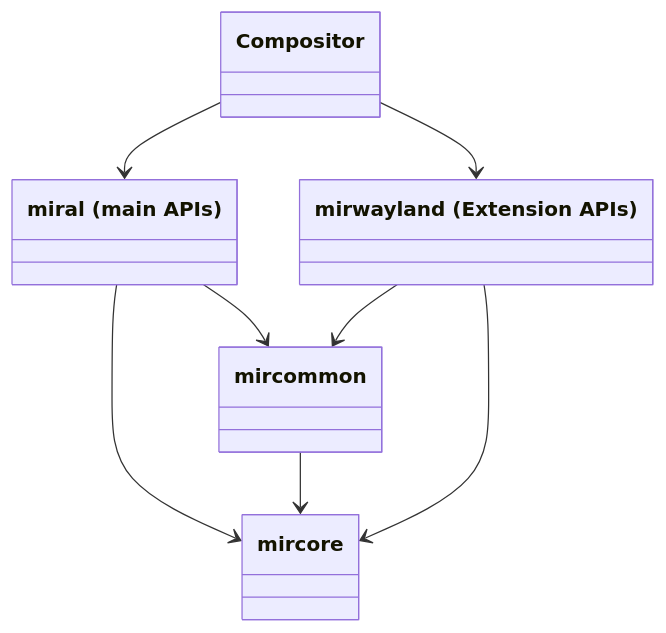
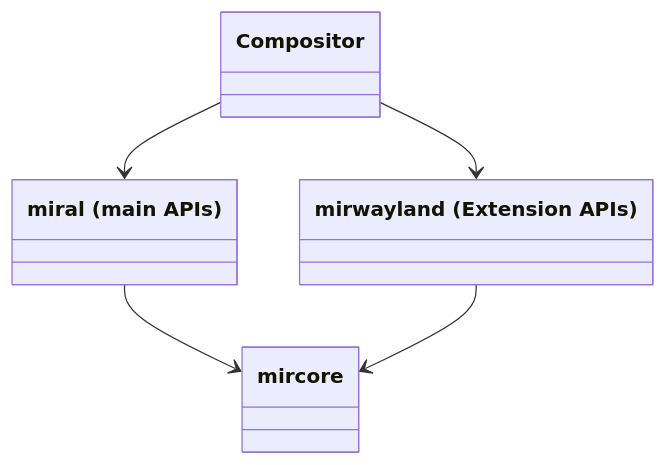
The diagram in doc/sphinx/explanation/consumer-libraries.mmd (canonical/mir), drawn with Mermaid before and after one commit. The commit also changed 1 other file, not shown here.

```diff
--- a/doc/sphinx/explanation/consumer-libraries.mmd
+++ b/doc/sphinx/explanation/consumer-libraries.mmd
@@ -1,12 +1,9 @@
 classDiagram
     miral --> mircore
-    mircommon --> mircore
     mirwayland --> mircore
-    miral -->mircommon
-    mirwayland --> mircommon
 
     Compositor --> miral
     Compositor --> mirwayland
 
     class miral["miral (main APIs)"]
     class mirwayland["mirwayland (Extension APIs)"]
```
